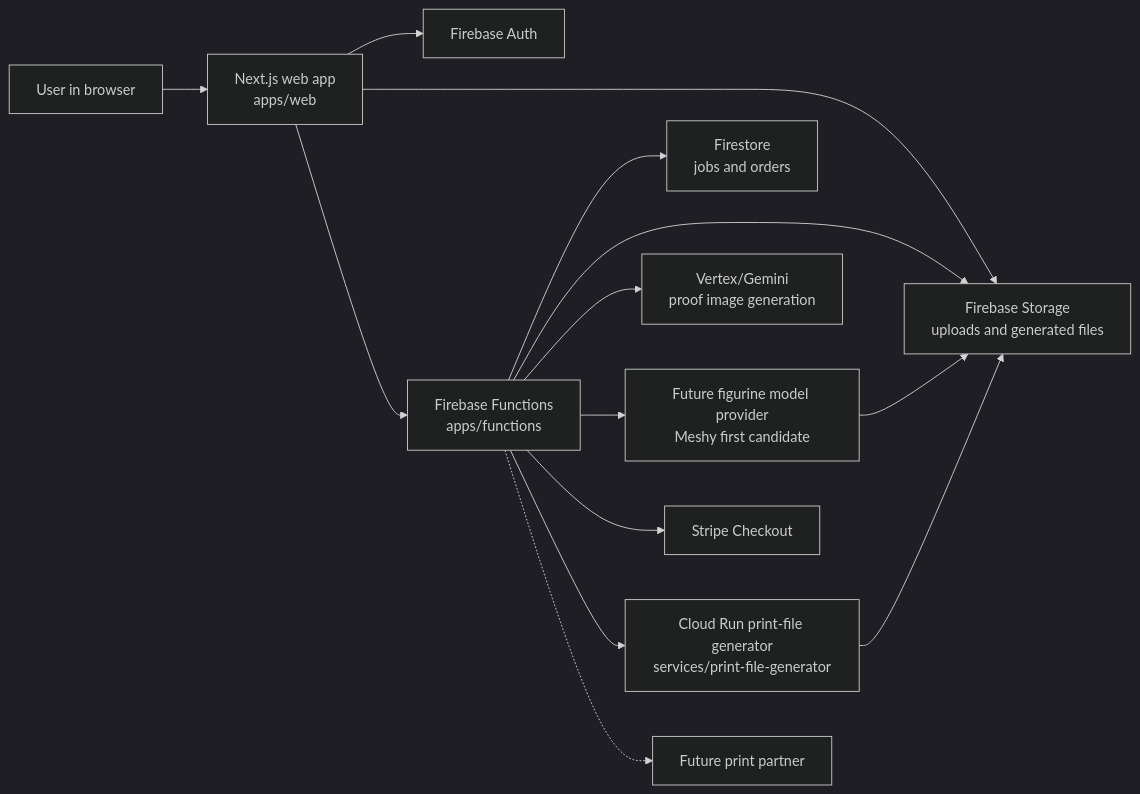
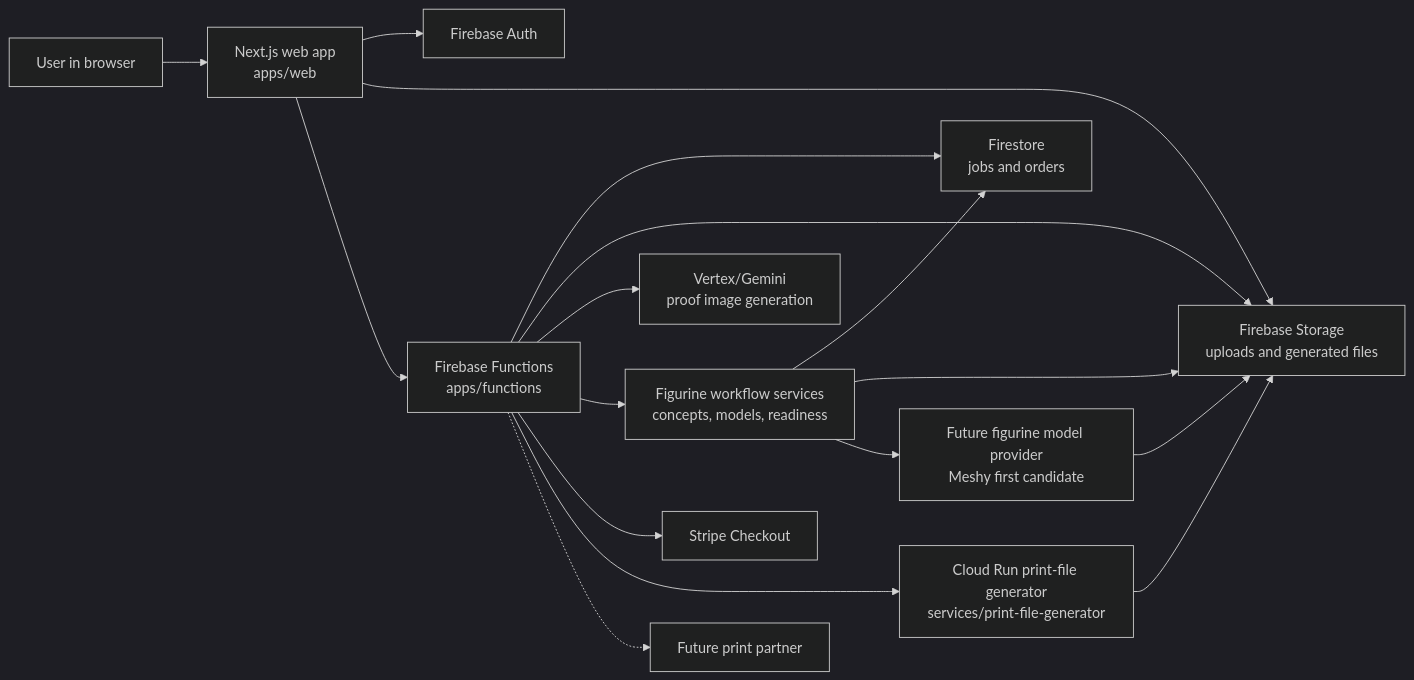
One commit to KielRN/3dprintposters changed the first of 3 diagrams in README.md. Above: the diagram before and after it, drawn with Mermaid (dark theme). The commit also changed other lines of this file and 28 other files, not shown here.

````diff
--- a/README.md
+++ b/README.md
@@ -52,28 +54,32 @@
 ```mermaid
 flowchart LR
   User["User in browser"]
   Web["Next.js web app<br/>apps/web"]
   Auth["Firebase Auth"]
   Storage["Firebase Storage<br/>uploads and generated files"]
   Firestore["Firestore<br/>jobs and orders"]
   Functions["Firebase Functions<br/>apps/functions"]
   AI["Vertex/Gemini<br/>proof image generation"]
+  FigurineSvc["Figurine workflow services<br/>concepts, models, readiness"]
   Provider["Future figurine model provider<br/>Meshy first candidate"]
   Stripe["Stripe Checkout"]
   Print["Cloud Run print-file generator<br/>services/print-file-generator"]
   Fulfillment["Future print partner"]
 
   User --> Web
   Web --> Auth
   Web --> Storage
   Web --> Functions
   Functions --> Firestore
   Functions --> Storage
   Functions --> AI
-  Functions --> Provider
+  Functions --> FigurineSvc
+  FigurineSvc --> Firestore
+  FigurineSvc --> Storage
+  FigurineSvc --> Provider
   Functions --> Stripe
   Functions --> Print
   Provider --> Storage
   Print --> Storage
   Functions -.-> Fulfillment
 ```
````
